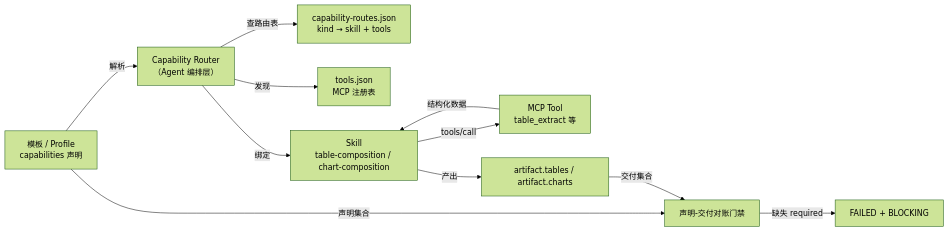
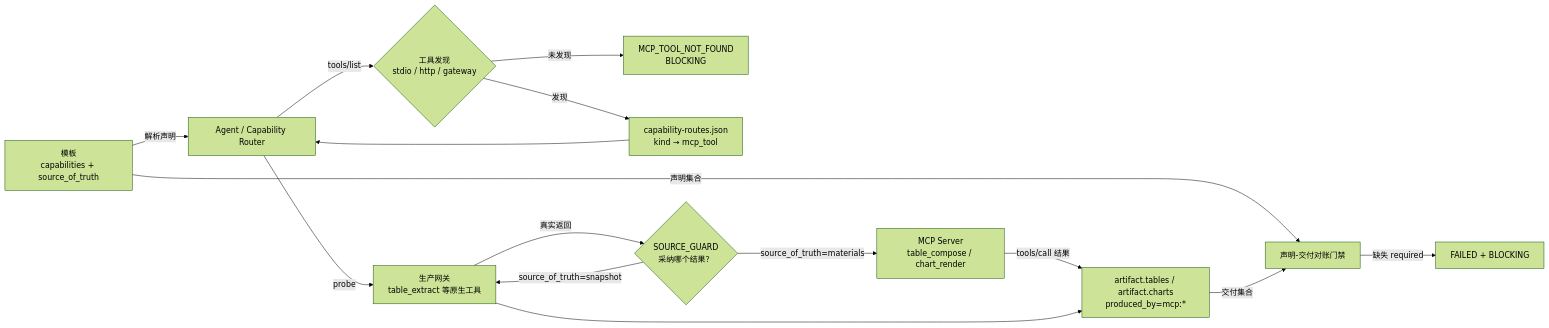
One commit to wanshoulu/DeepReport changed the first of 2 diagrams in docs/capability-routing-design.md. Above: the diagram before and after it, drawn with Mermaid (forest theme). The commit also changed other lines of this file and 17 other files, not shown here.

Commit message:
feat: move capability execution into standard MCP tools; add generic mcp_bridge in production gateway

````diff
--- a/docs/capability-routing-design.md
+++ b/docs/capability-routing-design.md
@@ -48,13 +55,17 @@
 ```mermaid
 flowchart LR
-  T["模板 / Profile<br/>capabilities 声明"] -->|解析| R["Capability Router<br/>（Agent 编排层）"]
-  R -->|查路由表| RT["capability-routes.json<br/>kind → skill + tools"]
-  R -->|发现| REG["tools.json<br/>MCP 注册表"]
-  R -->|绑定| S["Skill<br/>table-composition / chart-composition"]
-  S -->|tools/call| MCP["MCP Tool<br/>table_extract 等"]
-  MCP -->|结构化数据| S
-  S -->|产出| A["artifact.tables / artifact.charts"]
+  T["模板<br/>capabilities + source_of_truth"] -->|解析声明| R["Agent / Capability Router"]
+  R -->|tools/list| DISC{"工具发现<br/>stdio / http / gateway"}
+  DISC -->|未发现| X1["MCP_TOOL_NOT_FOUND<br/>BLOCKING"]
+  DISC -->|发现| RT["capability-routes.json<br/>kind → mcp_tool"]
+  RT --> R
+  R -->|probe| GW["生产网关<br/>table_extract 等原生工具"]
+  GW -->|真实返回| SG{"SOURCE_GUARD<br/>采纳哪个结果？"}
+  SG -->|source_of_truth=materials| MCP["MCP Server<br/>table_compose / chart_render"]
+  SG -->|source_of_truth=snapshot| GW
+  MCP -->|tools/call 结果| A["artifact.tables / artifact.charts<br/>produced_by=mcp:*"]
+  GW --> A
   T -->|声明集合| G["声明-交付对账门禁"]
   A -->|交付集合| G
-  G -->|缺失 required| X["FAILED + BLOCKING"]
+  G -->|缺失 required| X2["FAILED + BLOCKING"]
 ```
````
